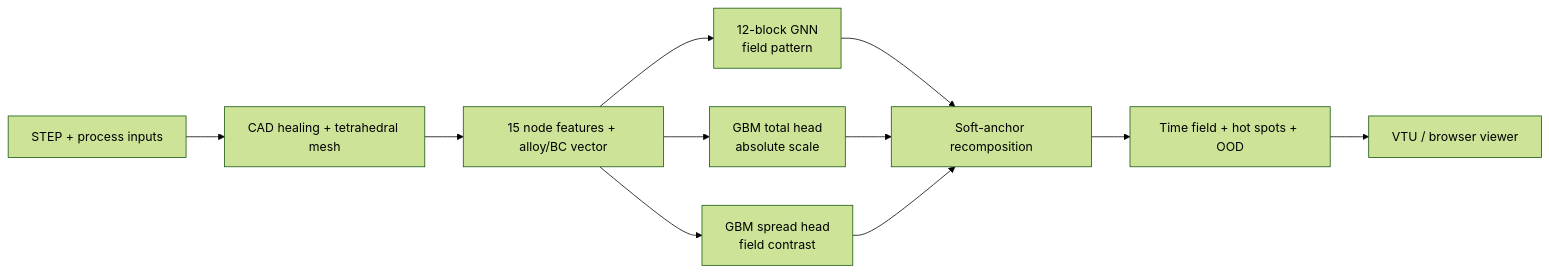
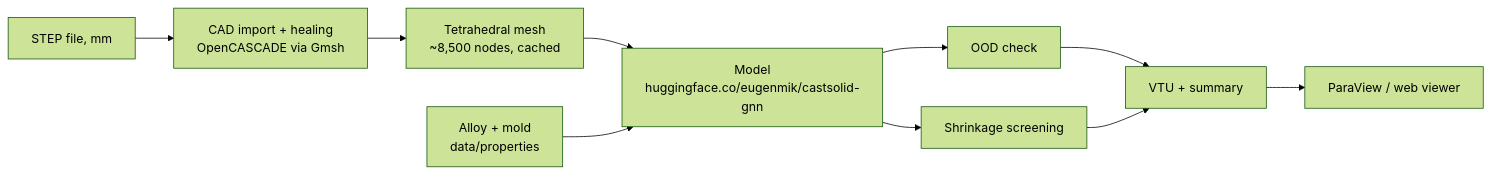
Before and after one commit to eugenmik/castsolid-gnn: the diagram in README.md, drawn with Mermaid (forest theme). The commit also changed other lines of this file and 18 other files, not shown here.

````diff
--- a/README.md
+++ b/README.md
@@ -68,13 +22,12 @@
 ```mermaid
 flowchart LR
-  A[STEP + process inputs] --> B[CAD healing + tetrahedral mesh]
-  B --> C[15 node features + alloy/BC vector]
-  C --> D1[12-block GNN<br/>field pattern]
-  C --> D2[GBM total head<br/>absolute scale]
-  C --> D3[GBM spread head<br/>field contrast]
-  D1 --> E[Soft-anchor recomposition]
-  D2 --> E
-  D3 --> E
-  E --> F[Time field + hot spots + OOD]
-  F --> G[VTU / browser viewer]
+  A[STEP file, mm] --> B[CAD import + healing<br/>OpenCASCADE via Gmsh]
+  B --> C[Tetrahedral mesh<br/>~8,500 nodes, cached]
+  C --> D[Model<br/>huggingface.co/eugenmik/castsolid-gnn]
+  P[Alloy + mold<br/>data/properties] --> D
+  D --> E[OOD check]
+  D --> F[Shrinkage screening]
+  E --> G[VTU + summary]
+  F --> G
+  G --> H[ParaView / web viewer]
 ```
````
